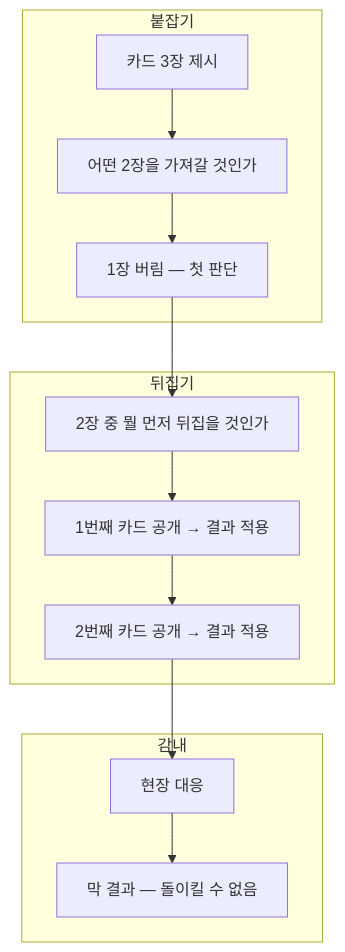
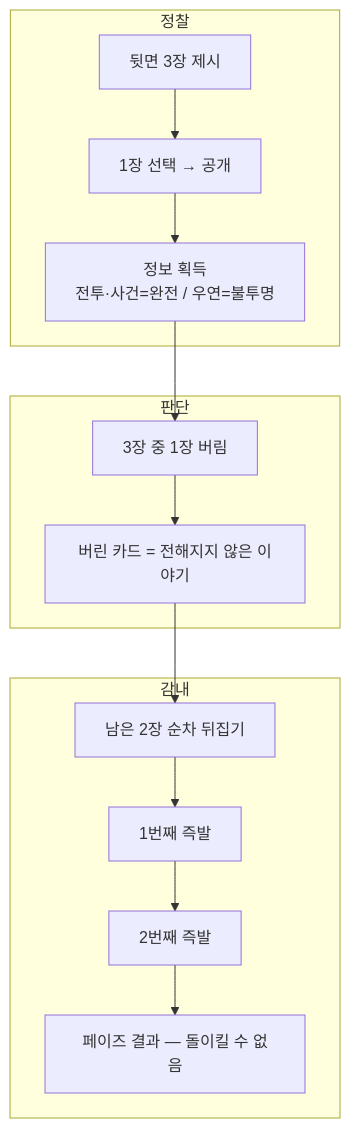
One commit to roam1215-beep/Chronicle-wiki changed the second of 2 diagrams in 01_코어/핵심경험목표.md. Above: the diagram before and after it, drawn with Mermaid. The commit also changed other lines of this file and 1 other file, not shown here.

````diff
--- a/01_코어/핵심경험목표.md
+++ b/01_코어/핵심경험목표.md
@@ -71,16 +75,17 @@
 ```mermaid
 flowchart TD
-    subgraph 붙잡기
-        M["카드 3장 제시"] --> I["어떤 2장을 가져갈 것인가"]
-        I --> S["1장 버림 — 첫 판단"]
+    subgraph 정찰
+        M["뒷면 3장 제시"] --> I["1장 선택 → 공개"]
+        I --> INFO["정보 획득\n전투·사건=완전 / 우연=불투명"]
     end
-    subgraph 뒤집기
-        S --> R["2장 중 뭘 먼저 뒤집을 것인가"]
-        R --> G["1번째 카드 공개 → 결과 적용"]
-        G --> P["2번째 카드 공개 → 결과 적용"]
+    subgraph 판단
+        INFO --> D["3장 중 1장 버림"]
+        D --> GONE["버린 카드 = 전해지지 않은 이야기"]
     end
     subgraph 감내
-        P --> C["현장 대응"]
-        C --> RS["막 결과 — 돌이킬 수 없음"]
+        GONE --> R1["남은 2장 순차 뒤집기"]
+        R1 --> G1["1번째 즉발"]
+        G1 --> G2["2번째 즉발"]
+        G2 --> RS["페이즈 결과 — 돌이킬 수 없음"]
     end
 ```
````
